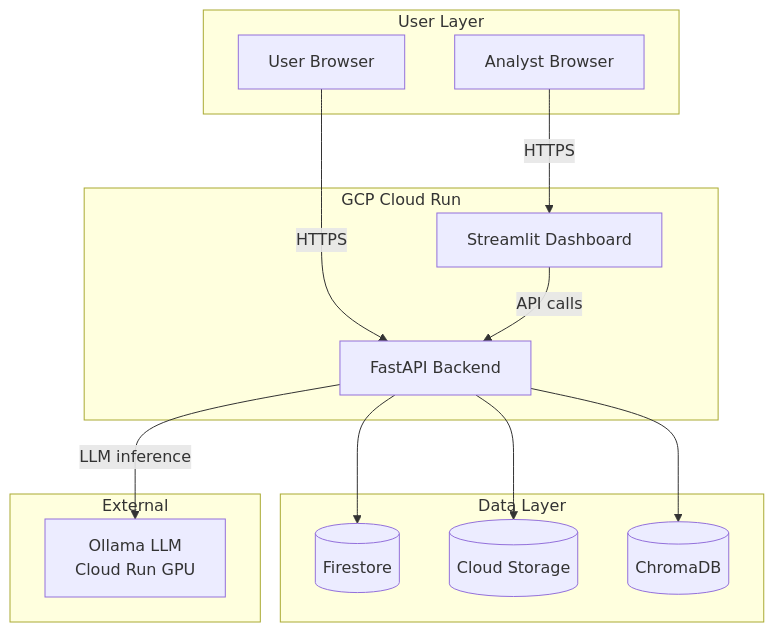
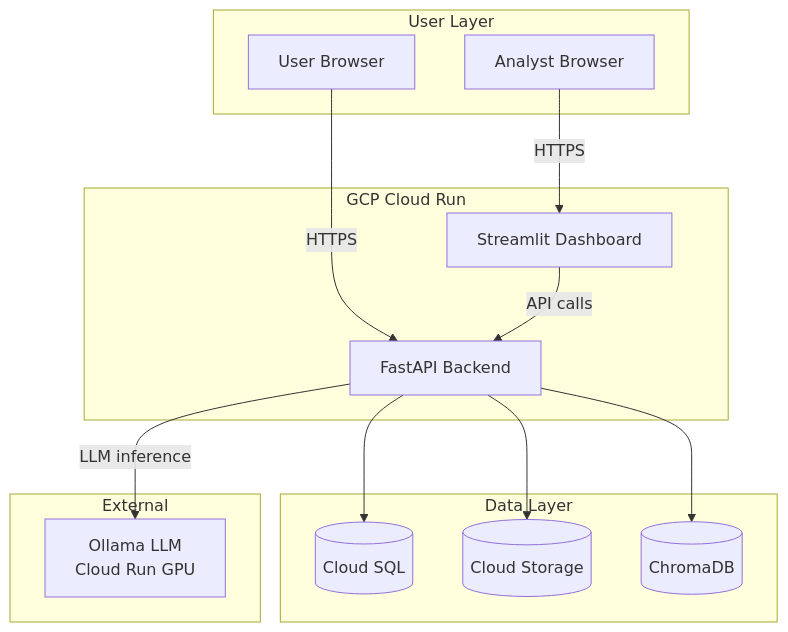
One commit to intelligenceforgood/planning changed the second of 2 diagrams in prd_production.md. Above: the diagram before and after it, drawn with Mermaid. The commit also changed other lines of this file and 5 other files, not shown here.

Commit message:
Removed all reference to Firestore as we have replaced it with SQLite (local) and PostgreSQL (dev/prod)

````diff
--- a/prd_production.md
+++ b/prd_production.md
@@ -597,30 +597,30 @@
 ```mermaid
 graph TB
     subgraph "User Layer"
         user[User Browser]
         analyst[Analyst Browser]
     end
 
     subgraph "GCP Cloud Run"
         api[FastAPI Backend]
         dashboard[Streamlit Dashboard]
     end
 
     subgraph "Data Layer"
-        firestore[(Firestore)]
+        cloudsql[(Cloud SQL)]
         gcs[(Cloud Storage)]
         chroma[(ChromaDB)]
     end
 
     subgraph "External"
         ollama[Ollama LLM<br/>Cloud Run GPU]
     end
 
     user -->|HTTPS| api
     analyst -->|HTTPS| dashboard
     dashboard -->|API calls| api
-    api --> firestore
+    api --> cloudsql
     api --> gcs
     api --> chroma
     api -->|LLM inference| ollama
 ```
````
